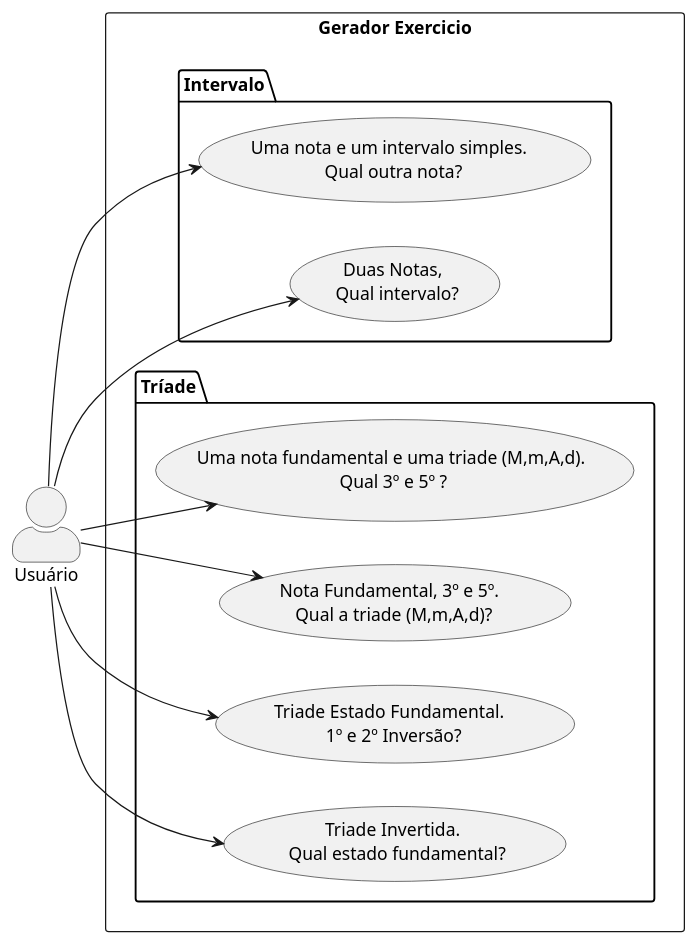
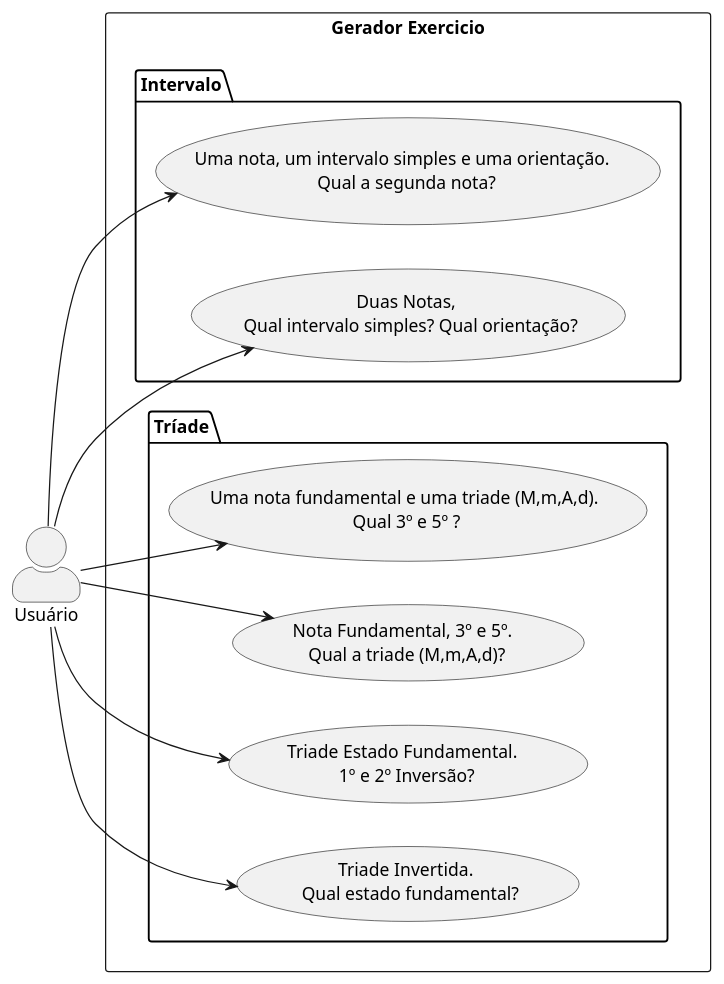
One commit to marcuswlima/learning changed the diagram in c++/projects/notas/documetation/usecase.puml. Above: the diagram before and after it, drawn with PlantUML. The commit also changed 6 other files, not shown here.

```diff
--- a/c++/projects/notas/documetation/usecase.puml
+++ b/c++/projects/notas/documetation/usecase.puml
@@ -1,22 +1,22 @@
 @startuml
 left to right direction
 skinparam actorStyle awesome
 rectangle "Gerador Exercicio" {
     Package "Intervalo"{
-      "Uma nota e um intervalo simples. \n Qual outra nota?" as (Use01)
-      "Duas Notas, \n Qual intervalo?" as (Use02)
+      "Uma nota, um intervalo simples e uma orientação. \n Qual a segunda nota?" as (Use01)
+      "Duas Notas, \n Qual intervalo simples? Qual orientação?" as (Use02)
     }
     Package "Tríade"{
      "Uma nota fundamental e uma triade (M,m,A,d).\n Qual 3º e 5º ?" as (Use03)
      "Nota Fundamental, 3º e 5º. \n Qual a triade (M,m,A,d)?" as (Use04)
      "Triade Estado Fundamental. \n 1º e 2º Inversão?" as (Use05)
      "Triade Invertida. \n Qual estado fundamental?" as (Use06)
     }
 }
 :Usuário: --> (Use01)
 :Usuário: --> (Use02)
 :Usuário: --> (Use03)
 :Usuário: --> (Use04)
 :Usuário: --> (Use05)
 :Usuário: --> (Use06)
 @enduml
```
